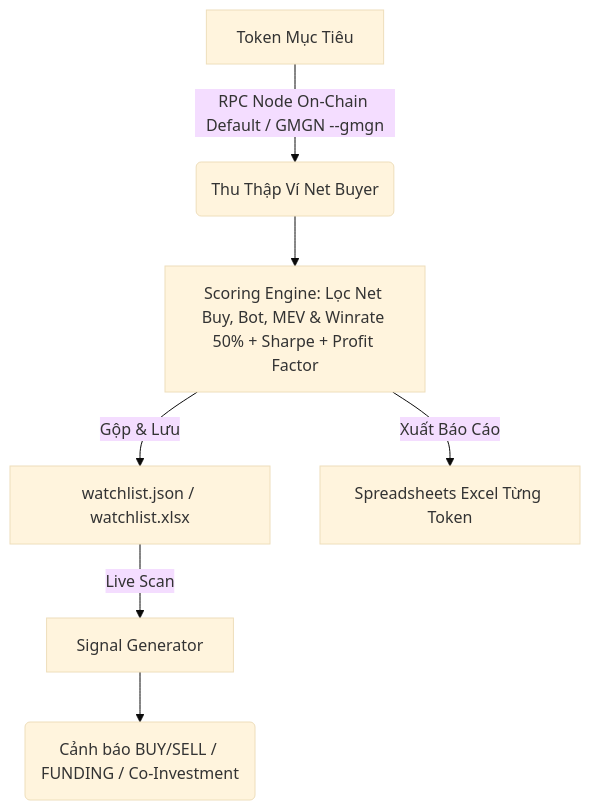
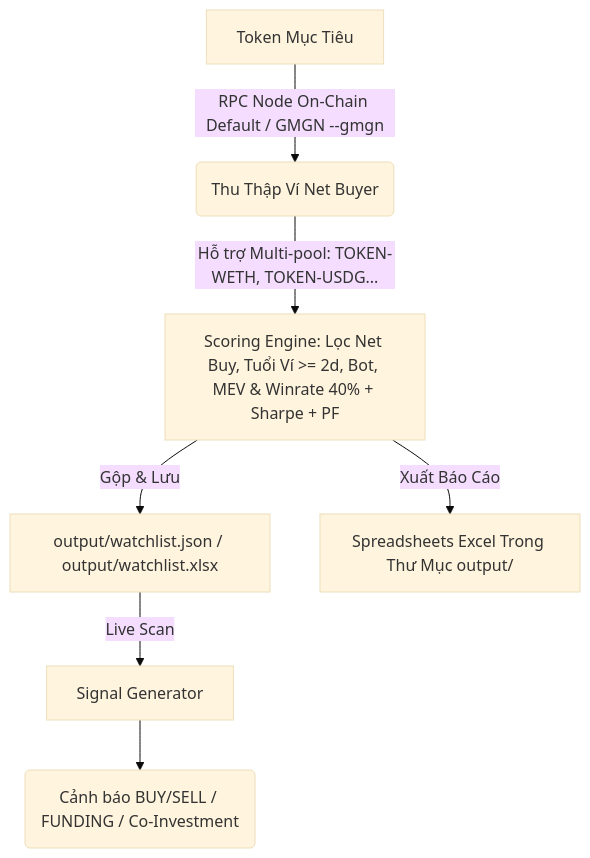
Before and after one commit to hieumile/rh-wallet-tracker-bot: the diagram in README.md, drawn with Mermaid (base theme). The commit also changed other lines of this file and 8 other files, not shown here.

````diff
--- a/README.md
+++ b/README.md
@@ -17,9 +21,9 @@
 ```mermaid
 graph TD
     A[Token Mục Tiêu] -->|RPC Node On-Chain Default / GMGN --gmgn| B(Thu Thập Ví Net Buyer)
-    B --> C[Scoring Engine: Lọc Net Buy, Bot, MEV & Winrate 50% + Sharpe + Profit Factor]
-    C -->|Gộp & Lưu| D[watchlist.json / watchlist.xlsx]
-    C -->|Xuất Báo Cáo| E[Spreadsheets Excel Từng Token]
+    B -->|Hỗ trợ Multi-pool: TOKEN-WETH, TOKEN-USDG...| C[Scoring Engine: Lọc Net Buy, Tuổi Ví >= 2d, Bot, MEV & Winrate 40% + Sharpe + PF]
+    C -->|Gộp & Lưu| D[output/watchlist.json / output/watchlist.xlsx]
+    C -->|Xuất Báo Cáo| E[Spreadsheets Excel Trong Thư Mục output/]
     D -->|Live Scan| F[Signal Generator]
     F --> G(Cảnh báo BUY/SELL / FUNDING / Co-Investment)
 ```
````
